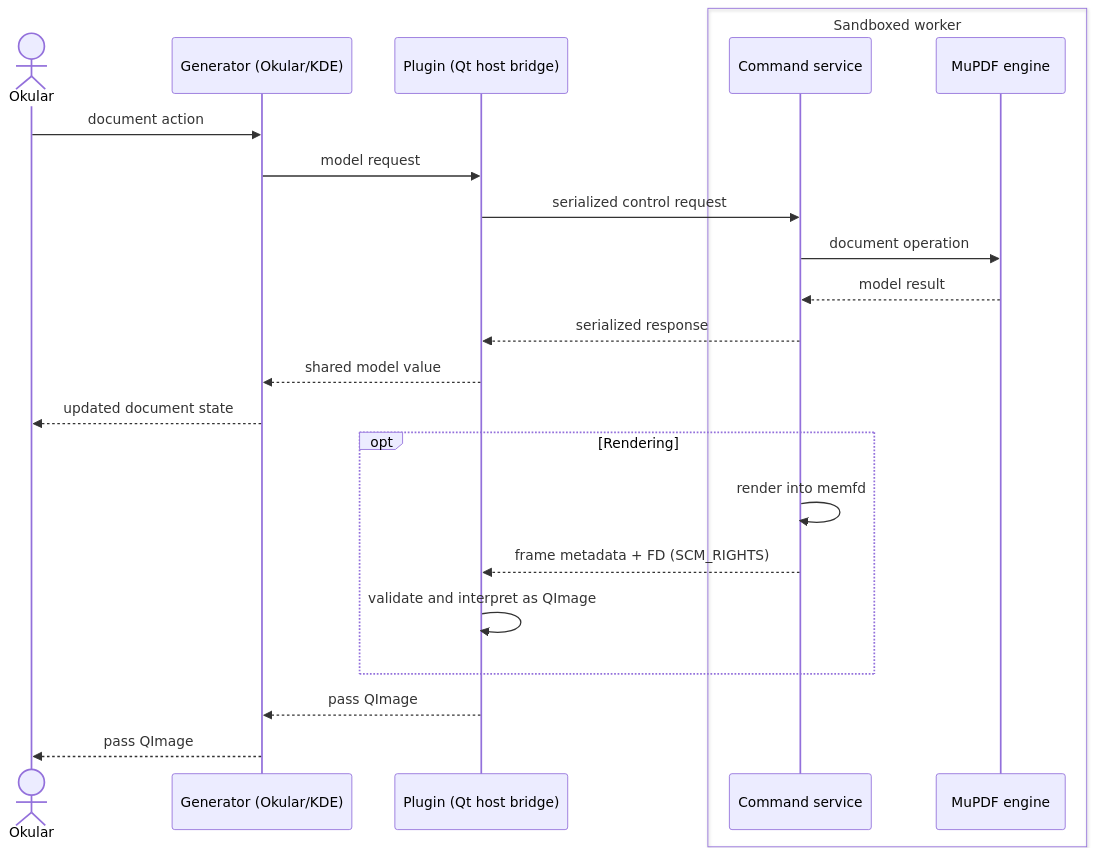
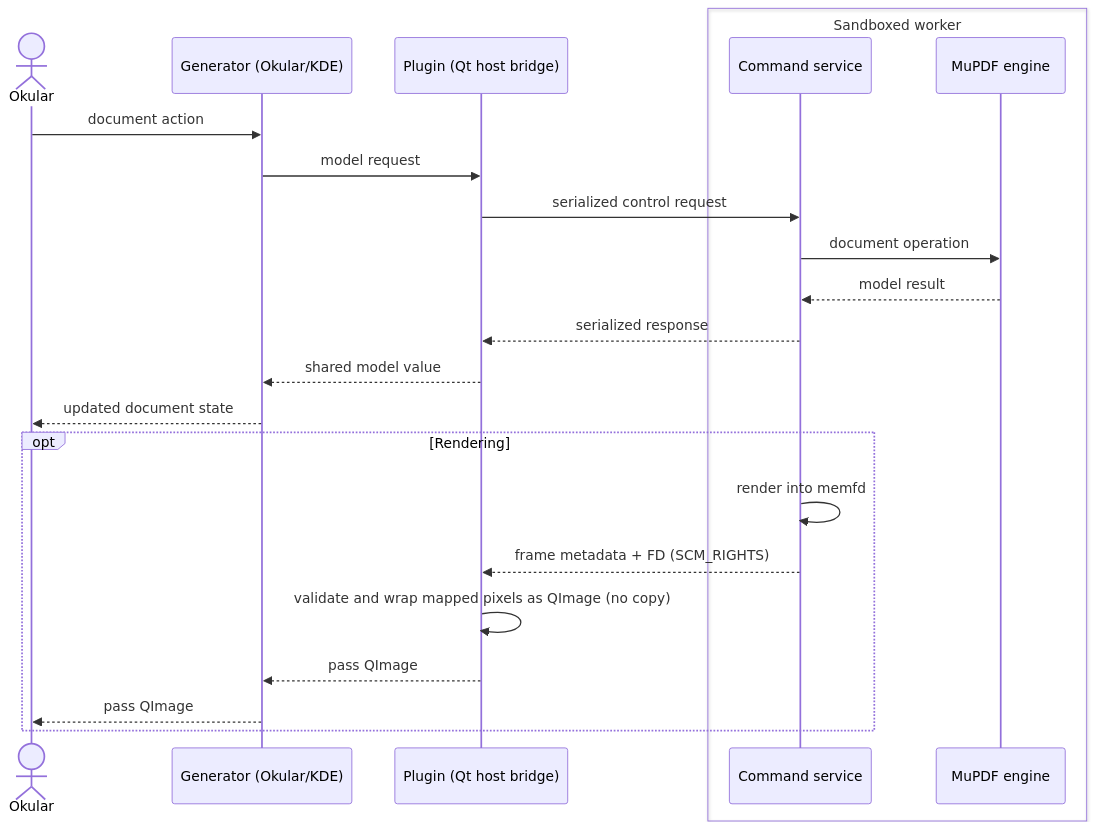
One commit to l4rzy/okular-mupdf-ng changed the diagram in ARCHITECTURE.md. Above: the diagram before and after it, drawn with Mermaid. The commit also changed other lines of this file and 2 other files, not shown here.

````diff
--- a/ARCHITECTURE.md
+++ b/ARCHITECTURE.md
@@ -7,28 +7,27 @@
 ```mermaid
 sequenceDiagram
     actor Okular
     participant Generator as Generator (Okular/KDE)
     participant Plugin as Plugin (Qt host bridge)
     box Sandboxed worker
         participant Runtime as Command service
         participant MuPDF as MuPDF engine
     end
 
     Okular->>Generator: document action
     Generator->>Plugin: model request
     Plugin->>Runtime: serialized control request
     Runtime->>MuPDF: document operation
     MuPDF-->>Runtime: model result
     Runtime-->>Plugin: serialized response
     Plugin-->>Generator: shared model value
     Generator-->>Okular: updated document state
 
     opt Rendering
         Runtime->>Runtime: render into memfd
         Runtime-->>Plugin: frame metadata + FD (SCM_RIGHTS)
-        Plugin->>Plugin: validate and interpret as QImage
+        Plugin->>Plugin: validate and wrap mapped pixels as QImage (no copy)
+        Plugin-->>Generator: pass QImage
+        Generator-->>Okular: pass QImage
     end
-
-    Plugin-->>Generator: pass QImage
-    Generator-->>Okular: pass QImage
 ```
````
